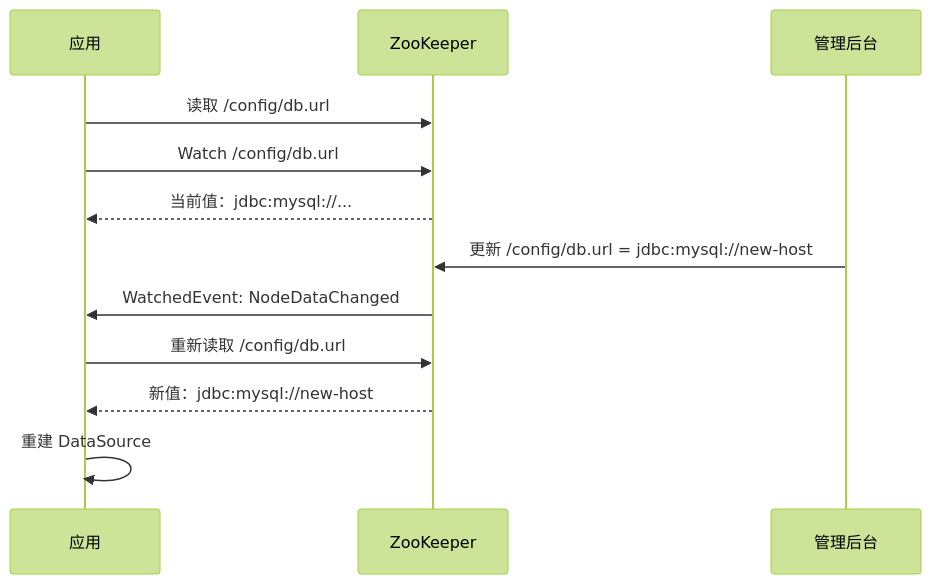
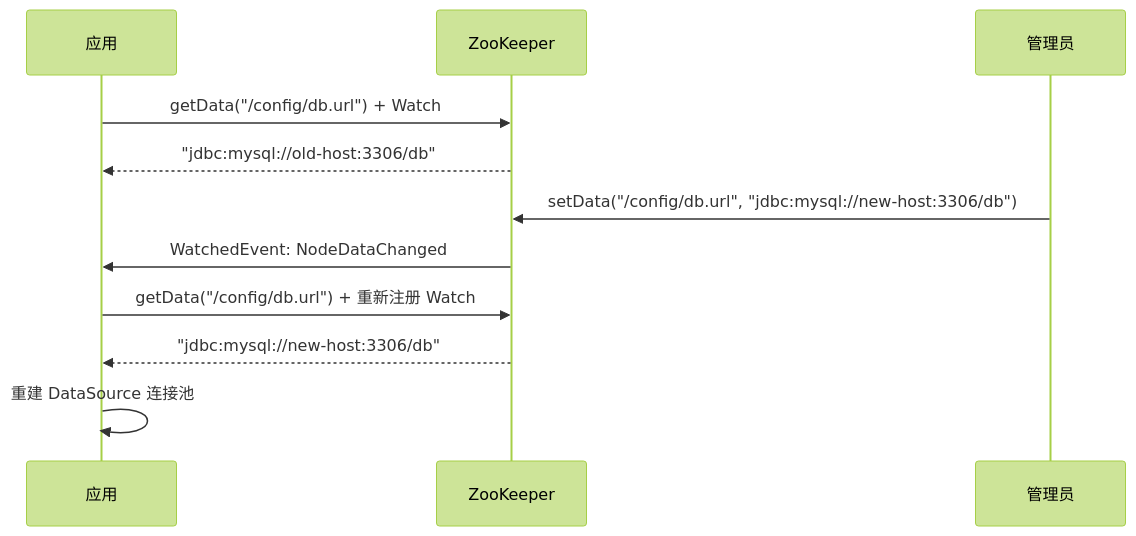
The second of 3 diagrams in content/posts/中间件/ZooKeeper 实践场景——分布式锁、配置中心、服务发现.md (guozy502/my-tech-blog), drawn with Mermaid (forest theme) before and after one commit. The commit also changed other lines of this file and 93 other files, not shown here.

Commit message:
chore(blog): 调整图片

````diff
--- a/content/posts/中间件/ZooKeeper 实践场景——分布式锁、配置中心、服务发现.md
+++ b/content/posts/中间件/ZooKeeper 实践场景——分布式锁、配置中心、服务发现.md
@@ -56,16 +102,15 @@
 ```mermaid
 sequenceDiagram
     participant APP as 应用
     participant ZK as ZooKeeper
-    participant ADMIN as 管理后台
+    participant ADMIN as 管理员
     
-    APP->>ZK: 读取 /config/db.url
-    APP->>ZK: Watch /config/db.url
-    ZK-->>APP: 当前值：jdbc:mysql://...
+    APP->>ZK: getData("/config/db.url") + Watch
+    ZK-->>APP: "jdbc:mysql://old-host:3306/db"
     
-    ADMIN->>ZK: 更新 /config/db.url = jdbc:mysql://new-host
+    ADMIN->>ZK: setData("/config/db.url", "jdbc:mysql://new-host:3306/db")
     ZK->>APP: WatchedEvent: NodeDataChanged
-    APP->>ZK: 重新读取 /config/db.url
-    ZK-->>APP: 新值：jdbc:mysql://new-host
-    APP->>APP: 重建 DataSource
+    APP->>ZK: getData("/config/db.url") + 重新注册 Watch
+    ZK-->>APP: "jdbc:mysql://new-host:3306/db"
+    APP->>APP: 重建 DataSource 连接池
 ```
````
